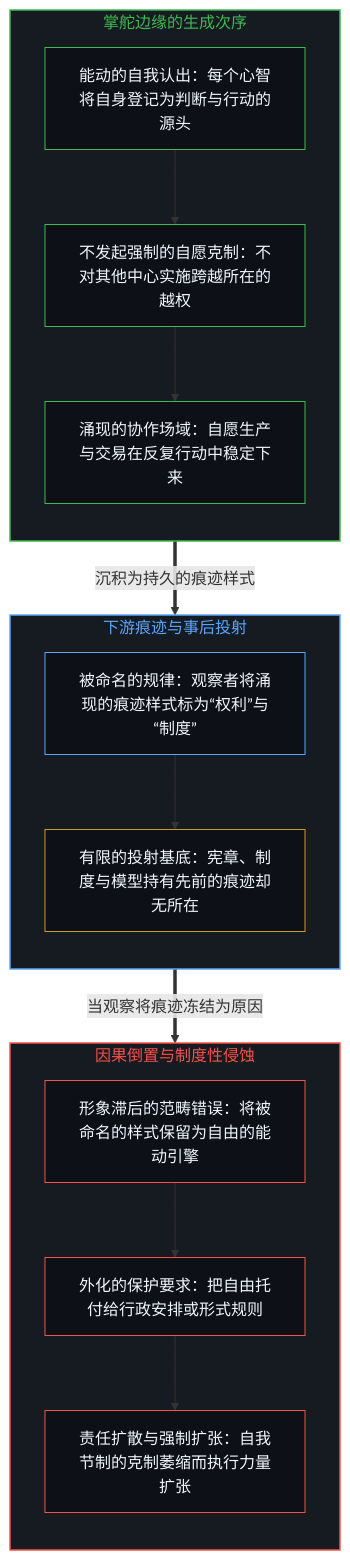
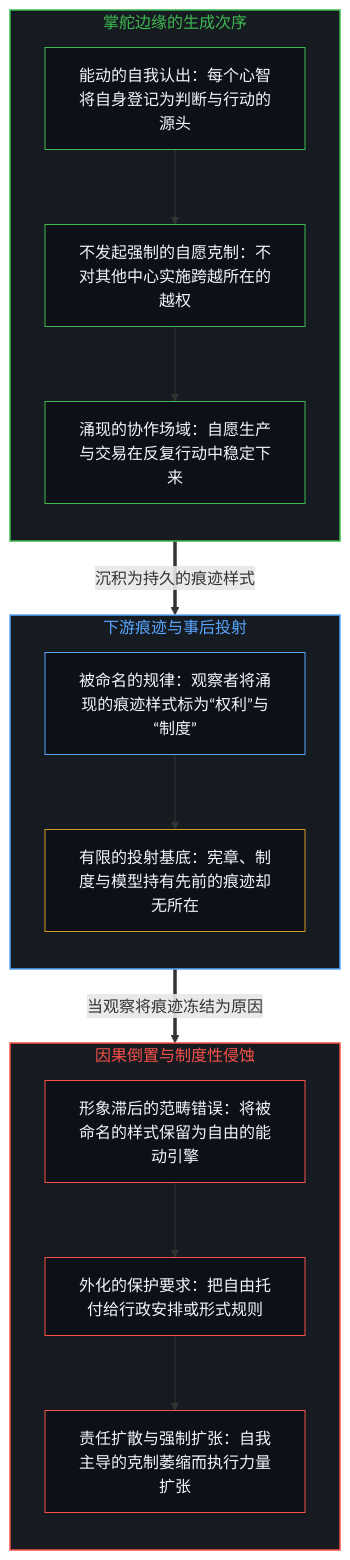
The first of 2 diagrams in content/posts/the-misallocation-of-agency.md (powerpig99/not-a-toe), drawn with Mermaid before and after one commit. The commit also changed other lines of this file and 6 other files, not shown here.

````diff
--- a/content/posts/the-misallocation-of-agency.md
+++ b/content/posts/the-misallocation-of-agency.md
@@ -63,36 +63,36 @@
 ```mermaid
 flowchart TD
     subgraph S_Gen["掌舵边缘的生成次序"]
         direction TB
         G1["能动的自我认出：每个心智将自身登记为判断与行动的源头"]
         G2["不发起强制的自愿克制：不对其他中心实施跨越所在的越权"]
         G3["涌现的协作场域：自愿生产与交易在反复行动中稳定下来"]
         G1 --> G2 --> G3
     end
     subgraph S_Name["下游痕迹与事后投射"]
         direction TB
         N1["被命名的规律：观察者将涌现的痕迹样式标为“权利”与“制度”"]
         N2["有限的投射基底：宪章、制度与模型持有先前的痕迹却无所在"]
         N1 --> N2
     end
     subgraph S_Rev["因果倒置与制度性侵蚀"]
         direction TB
         R1["形象滞后的范畴错误：将被命名的样式保留为自由的能动引擎"]
         R2["外化的保护要求：把自由托付给行政安排或形式规则"]
-        R3["责任扩散与强制扩张：自我节制的克制萎缩而执行力量扩张"]
+        R3["责任扩散与强制扩张：自我主导的克制萎缩而执行力量扩张"]
         R1 --> R2 --> R3
     end
     G3 ==>|"沉积为持久的痕迹样式"| N1
     N2 ==>|"当观察将痕迹冻结为原因"| R1
     style S_Gen fill:#161b22,stroke:#3fb950,stroke-width:1.5px,color:#3fb950
     style S_Name fill:#161b22,stroke:#58a6ff,stroke-width:1.5px,color:#58a6ff
     style S_Rev fill:#161b22,stroke:#f85149,stroke-width:1.5px,color:#f85149
     style G1 fill:#0d1117,stroke:#3fb950,stroke-width:1px,color:#f0f6fc
     style G2 fill:#0d1117,stroke:#3fb950,stroke-width:1px,color:#f0f6fc
     style G3 fill:#0d1117,stroke:#3fb950,stroke-width:1px,color:#f0f6fc
     style N1 fill:#0d1117,stroke:#58a6ff,stroke-width:1px,color:#f0f6fc
     style N2 fill:#0d1117,stroke:#d29922,stroke-width:1px,color:#f0f6fc
     style R1 fill:#0d1117,stroke:#f85149,stroke-width:1px,color:#f0f6fc
     style R2 fill:#0d1117,stroke:#f85149,stroke-width:1px,color:#f0f6fc
     style R3 fill:#0d1117,stroke:#f85149,stroke-width:1px,color:#f0f6fc
 ```
````
